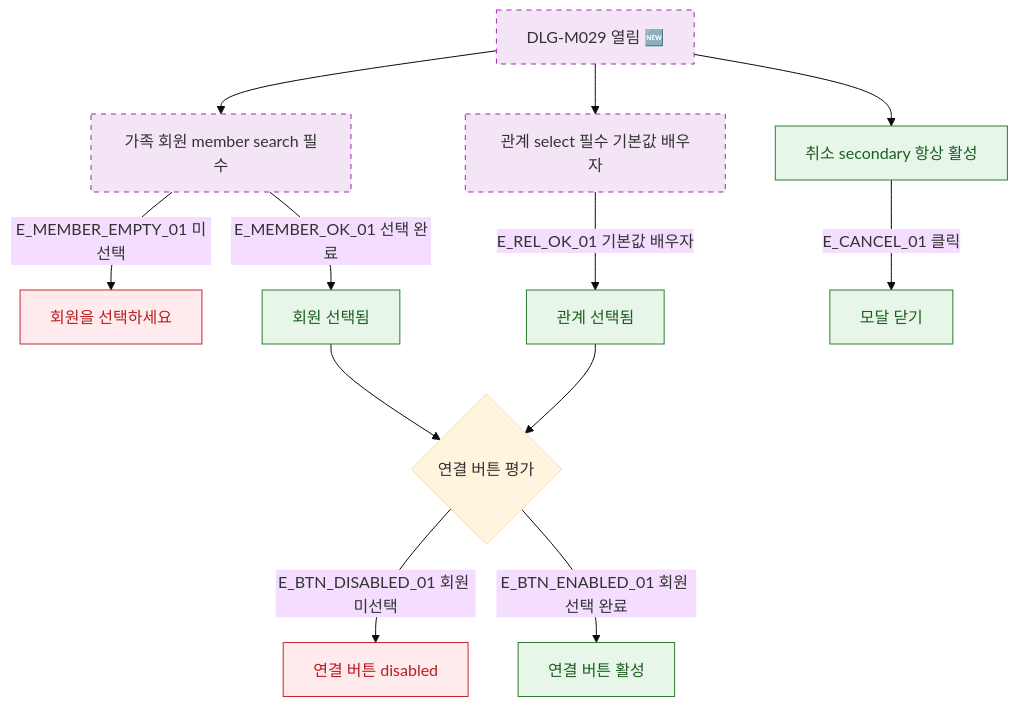
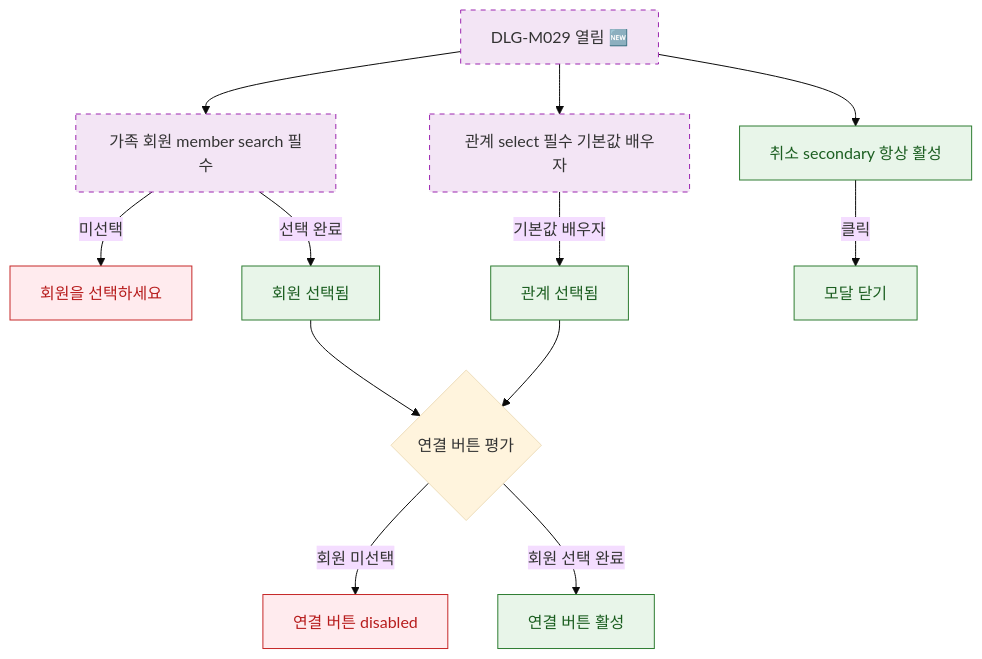
One commit to dev-spogym/admin-pando changed the diagram in docs/다이어그램/D02_회원관리/DLG/DLG-M029_가족연결/M2_필드검증.md. Above: the diagram before and after it, drawn with Mermaid (base theme). The commit also changed other lines of this file and 1660 other files, not shown here.

First line of the commit message:
다이어그램: 기획자/클라이언트 납품본으로 정리

````diff
--- a/docs/다이어그램/D02_회원관리/DLG/DLG-M029_가족연결/M2_필드검증.md
+++ b/docs/다이어그램/D02_회원관리/DLG/DLG-M029_가족연결/M2_필드검증.md
@@ -22,30 +20,30 @@
 ```mermaid
 flowchart TD
   DLG[DLG-M029 열림 🆕]
 
   DLG --> FLD_MEMBER[가족 회원 member search 필수]
   DLG --> FLD_REL[관계 select 필수 기본값 배우자]
 
-  FLD_MEMBER -->|E_MEMBER_EMPTY_01 미선택| ERR_MEMBER[회원을 선택하세요]
-  FLD_MEMBER -->|E_MEMBER_OK_01 선택 완료| MEMBER_OK[회원 선택됨]
+  FLD_MEMBER -->|미선택|ERR_MEMBER[회원을 선택하세요]
+  FLD_MEMBER -->|선택 완료|MEMBER_OK[회원 선택됨]
 
-  FLD_REL -->|E_REL_OK_01 기본값 배우자| REL_OK[관계 선택됨]
+  FLD_REL -->|기본값 배우자|REL_OK[관계 선택됨]
 
   MEMBER_OK --> BTN_EVAL{연결 버튼 평가}
-  REL_OK    --> BTN_EVAL
+  REL_OK --> BTN_EVAL
 
-  BTN_EVAL -->|E_BTN_DISABLED_01 회원 미선택| BTN_DISABLED[연결 버튼 disabled]
-  BTN_EVAL -->|E_BTN_ENABLED_01 회원 선택 완료| BTN_ENABLED[연결 버튼 활성]
+  BTN_EVAL -->|회원 미선택|BTN_DISABLED[연결 버튼 disabled]
+  BTN_EVAL -->|회원 선택 완료|BTN_ENABLED[연결 버튼 활성]
 
   DLG --> BTN_CANCEL[취소 secondary 항상 활성]
-  BTN_CANCEL -->|E_CANCEL_01 클릭| CLOSE[모달 닫기]
+  BTN_CANCEL -->|클릭|CLOSE[모달 닫기]
 
   classDef newFeature fill:#F3E5F5,stroke:#9C27B0,stroke-dasharray:5 5
-  classDef success    fill:#E8F5E9,stroke:#2E7D32,color:#1B5E20
-  classDef error      fill:#FFEBEE,stroke:#C62828,color:#B71C1C
-  classDef system     fill:#EDE7F6,stroke:#5E35B2
+  classDef success fill:#E8F5E9,stroke:#2E7D32,color:#1B5E20
+  classDef error fill:#FFEBEE,stroke:#C62828,color:#B71C1C
+  classDef system fill:#EDE7F6,stroke:#5E35B2
 
   class DLG,FLD_MEMBER,FLD_REL newFeature
   class MEMBER_OK,REL_OK,BTN_ENABLED,BTN_CANCEL,CLOSE success
   class ERR_MEMBER,BTN_DISABLED error
 ```
````
